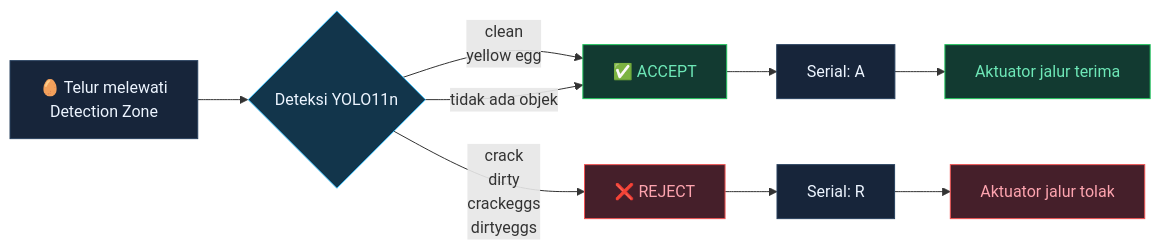
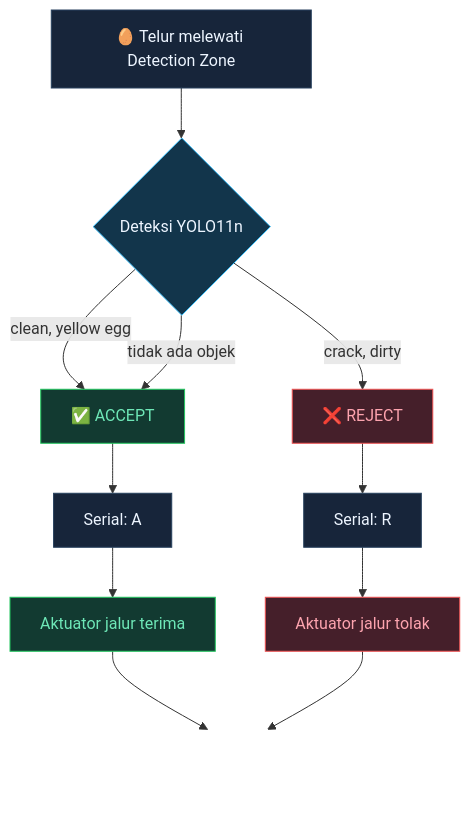
Before and after one commit to bagoes3465/PROYEK-KLASIFIKASI-KUALITAS-TELUR: the first of 3 diagrams in README.md, drawn with Mermaid. The commit also changed other lines of this file, not shown here.

Commit message:
fix: ubah layout diagram mermaid agar tidak tertutup tombol zoom GitHub

````diff
--- a/README.md
+++ b/README.md
@@ -49,20 +54,23 @@
 ```mermaid
-flowchart LR
-    A["🥚 Telur melewati<br/>Detection Zone"] --> B{"Deteksi YOLO11n"}
-    B -->|"clean<br/>yellow egg"| C["✅ ACCEPT"]
-    B -->|"crack<br/>dirty<br/>crackeggs<br/>dirtyeggs"| D["❌ REJECT"]
+flowchart TD
+    A["🥚 Telur melewati Detection Zone"] --> B{"Deteksi YOLO11n"}
+    B -->|"clean, yellow egg"| C["✅ ACCEPT"]
+    B -->|"crack, dirty"| D["❌ REJECT"]
     B -->|"tidak ada objek"| C
     C --> E["Serial: A"]
     D --> F["Serial: R"]
     E --> G["Aktuator jalur terima"]
     F --> H["Aktuator jalur tolak"]
+    G --> SPACER[" "]
+    H --> SPACER
 
     style A fill:#17253A,stroke:#28415E,color:#EDF5FF
     style B fill:#12354B,stroke:#38BDF8,color:#EDF5FF
     style C fill:#123A31,stroke:#22C55E,color:#6EE7B7
     style D fill:#451F2A,stroke:#F05252,color:#FDA4AF
     style E fill:#17253A,stroke:#28415E,color:#EDF5FF
     style F fill:#17253A,stroke:#28415E,color:#EDF5FF
     style G fill:#123A31,stroke:#22C55E,color:#6EE7B7
     style H fill:#451F2A,stroke:#F05252,color:#FDA4AF
+    style SPACER fill:none,stroke:none,height:90px
 ```
````
